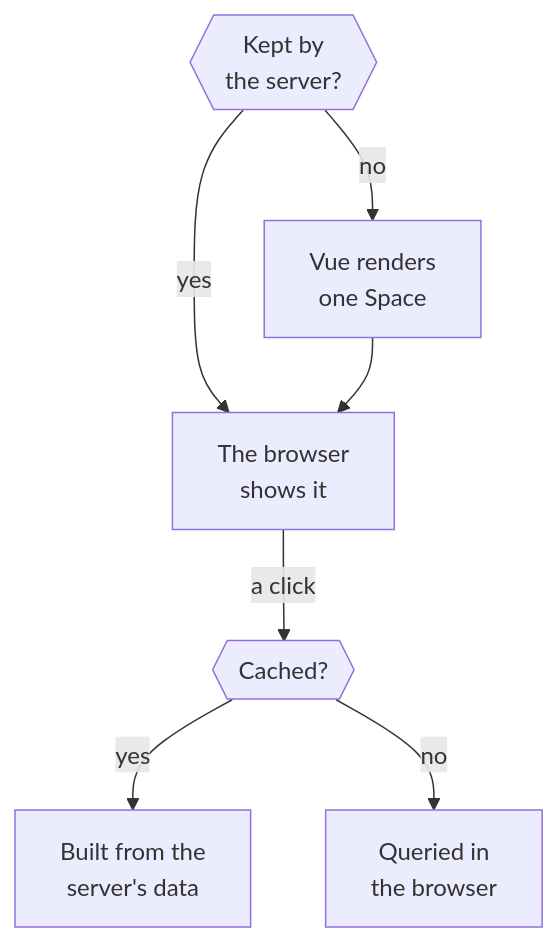
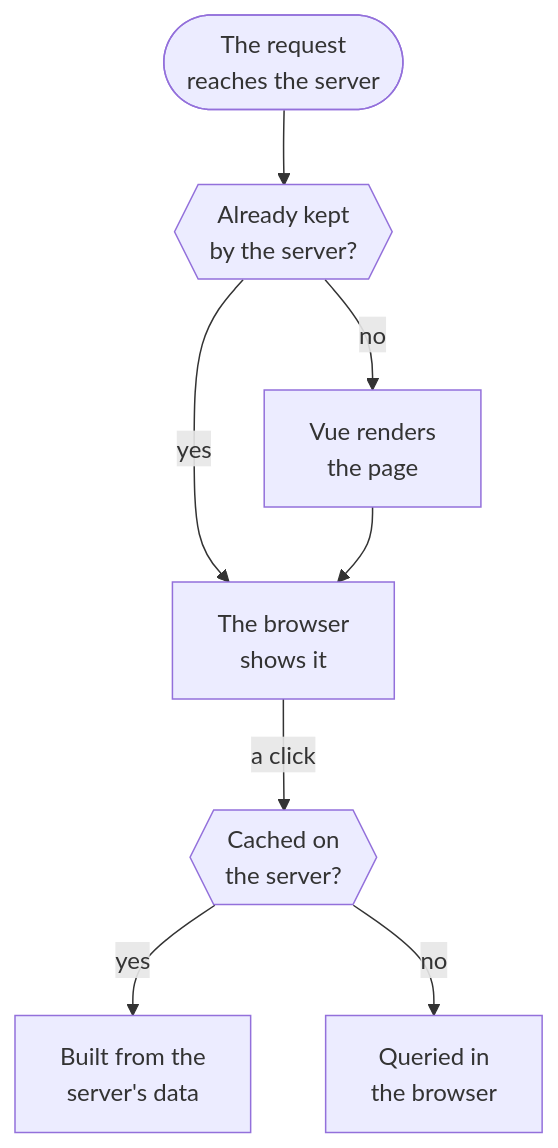
Before and after one commit to feffef/terrarium: the diagram in layers/glassbox/content/guide/pages/walkthroughs/opening-a-page.md, drawn with Mermaid. The commit also changed other lines of this file and 6 other files, not shown here.

First line of the commit message:
visitor-loop (glassbox): say what Terrarium is, link the folder badges, fix the flowchart

````diff
--- a/layers/glassbox/content/guide/pages/walkthroughs/opening-a-page.md
+++ b/layers/glassbox/content/guide/pages/walkthroughs/opening-a-page.md
@@ -10,9 +10,10 @@
 ```mermaid
 flowchart TD
-  kept{{"Kept by<br>the server?"}} -- no --> render["Vue renders<br>one Space"]
+  start(["The request<br>reaches the server"]) --> kept{{"Already kept<br>by the server?"}}
+  kept -- no --> render["Vue renders<br>the page"]
   kept -- yes --> shown["The browser<br>shows it"]
   render --> shown
-  shown -- a click --> cached{{Cached?}}
+  shown -- a click --> cached{{"Cached on<br>the server?"}}
   cached -- yes --> payload["Built from the<br>server's data"]
   cached -- no --> local["Queried in<br>the browser"]
 ```
````
